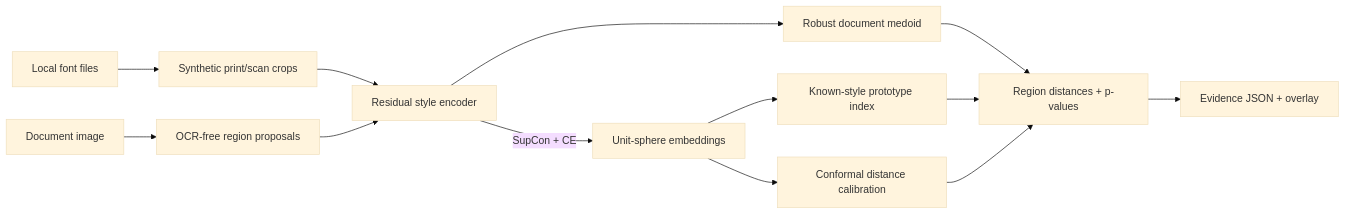
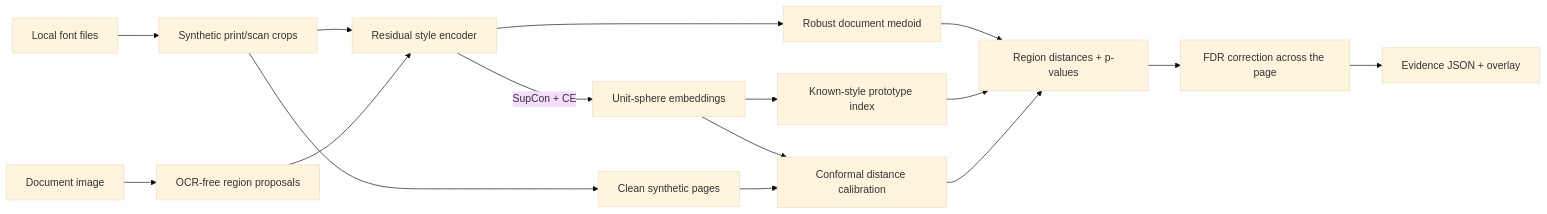
Before and after one commit to BAAAAR19/fontprint: the diagram in README.md, drawn with Mermaid (base theme). The commit also changed other lines of this file and 5 other files, not shown here.

````diff
--- a/README.md
+++ b/README.md
@@ -39,15 +44,18 @@
 ```mermaid
 flowchart LR
     A[Local font files] --> B[Synthetic print/scan crops]
     B --> C[Residual style encoder]
     C -->|SupCon + CE| D[Unit-sphere embeddings]
     D --> E[Known-style prototype index]
     D --> F[Conformal distance calibration]
+    B --> N[Clean synthetic pages]
+    N --> F
     G[Document image] --> H[OCR-free region proposals]
     H --> C
     C --> I[Robust document medoid]
     I --> J[Region distances + p-values]
     E --> J
     F --> J
-    J --> K[Evidence JSON + overlay]
+    J --> L[FDR correction across the page]
+    L --> K[Evidence JSON + overlay]
 ```
````
